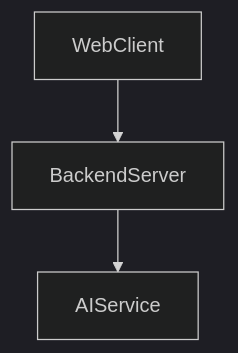
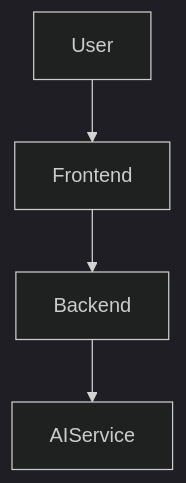
One commit to yogithasivakumar/FocusZen changed the first of 2 diagrams in README.md. Above: the diagram before and after it, drawn with Mermaid (dark theme). The commit also changed other lines of this file, not shown here.

````diff
--- a/README.md
+++ b/README.md
@@ -11,5 +11,6 @@
 ```mermaid
 flowchart TD
-    WebClient --> BackendServer
-    BackendServer --> AIService
+    User --> Frontend
+    Frontend --> Backend
+    Backend --> AIService
 ```
````
